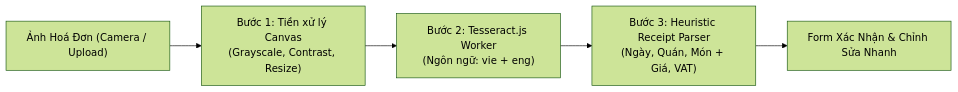
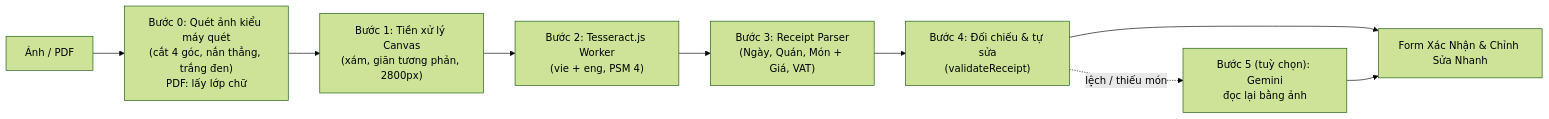
One commit to sakutara/chia-tien changed the first of 2 diagrams in documentation/02-business-logic-and-algorithms.md. Above: the diagram before and after it, drawn with Mermaid (forest theme). The commit also changed other lines of this file and 5 other files, not shown here.

First line of the commit message:
Cập nhật tài liệu OCR và đọc hoá đơn bằng AI

````diff
--- a/documentation/02-business-logic-and-algorithms.md
+++ b/documentation/02-business-logic-and-algorithms.md
@@ -80,7 +82,11 @@
 ```mermaid
 flowchart LR
-    Img["Ảnh Hoá Đơn (Camera / Upload)"] --> Pre["Bước 1: Tiền xử lý Canvas\n(Grayscale, Contrast, Resize)"]
-    Pre --> Tess["Bước 2: Tesseract.js Worker\n(Ngôn ngữ: vie + eng)"]
-    Tess --> Parser["Bước 3: Heuristic Receipt Parser\n(Ngày, Quán, Món + Giá, VAT)"]
-    Parser --> Review["Form Xác Nhận & Chỉnh Sửa Nhanh"]
+    Img["Ảnh / PDF"] --> Scan["Bước 0: Quét ảnh kiểu máy quét\n(cắt 4 góc, nắn thẳng, trắng đen)\nPDF: lấy lớp chữ"]
+    Scan --> Pre["Bước 1: Tiền xử lý Canvas\n(xám, giãn tương phản, 2800px)"]
+    Pre --> Tess["Bước 2: Tesseract.js Worker\n(vie + eng, PSM 4)"]
+    Tess --> Parser["Bước 3: Receipt Parser\n(Ngày, Quán, Món + Giá, VAT)"]
+    Parser --> Val["Bước 4: Đối chiếu & tự sửa\n(validateReceipt)"]
+    Val --> Review["Form Xác Nhận & Chỉnh Sửa Nhanh"]
+    Val -. lệch / thiếu món .-> Ai["Bước 5 (tuỳ chọn): Gemini\nđọc lại bằng ảnh"]
+    Ai --> Review
 ```
````
